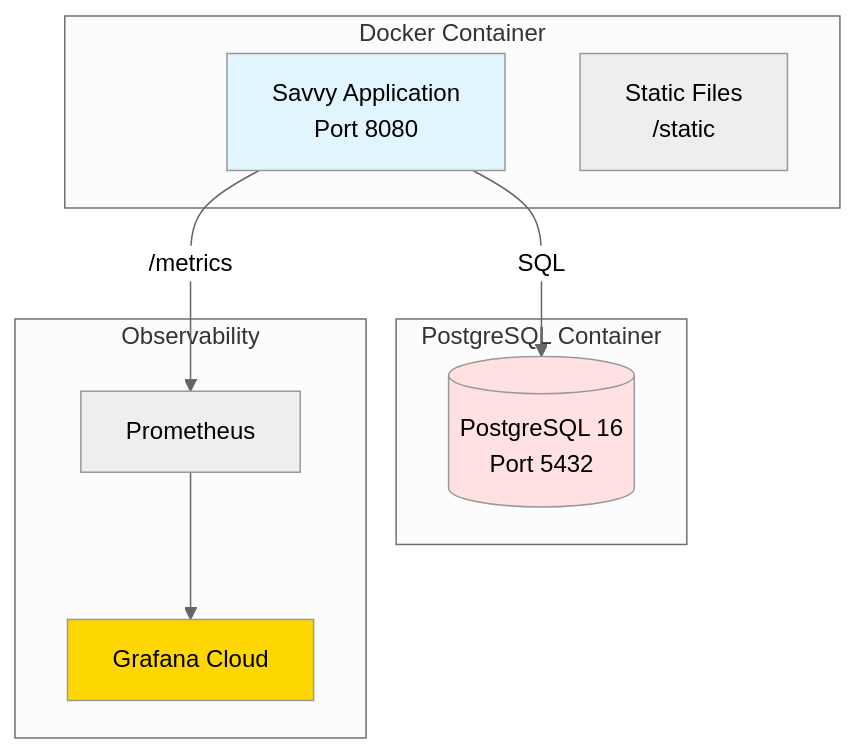
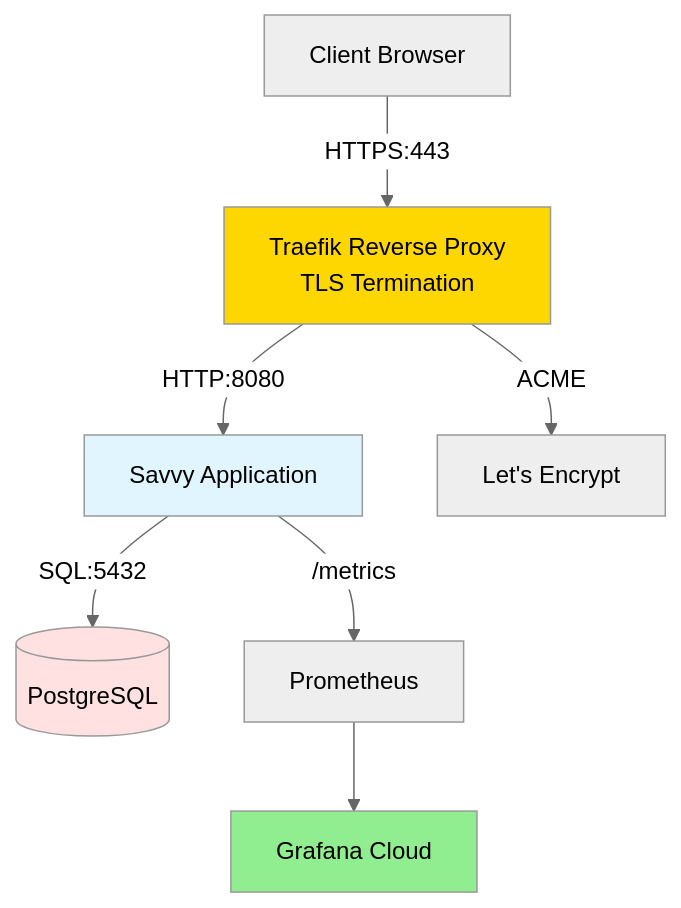
One commit to sbaerlocher/savvy changed diagram 19 of 20 in ARCHITECTURE.md. Above: the diagram before and after it, drawn with Mermaid (neutral theme). The commit also changed other lines of this file and 60 other files, not shown here.

````diff
--- a/ARCHITECTURE.md
+++ b/ARCHITECTURE.md
@@ -1104,24 +1109,15 @@
 ```mermaid
 graph TB
-    subgraph "Docker Container"
-        App[Savvy Application<br/>Port 8080]
-        Static[Static Files<br/>/static]
-    end
+    Client[Client Browser] -->|HTTPS:443| Traefik[Traefik Reverse Proxy<br/>TLS Termination]
+    Traefik -->|HTTP:8080| App[Savvy Application]
+    Traefik -->|ACME| LE[Let's Encrypt]
 
-    subgraph "PostgreSQL Container"
-        DB[(PostgreSQL 16<br/>Port 5432)]
-    end
+    App -->|SQL:5432| DB[(PostgreSQL)]
+    App -->|/metrics| Prom[Prometheus]
+    Prom --> Grafana[Grafana Cloud]
 
-    subgraph "Observability"
-        Prom[Prometheus]
-        Grafana[Grafana Cloud]
-    end
-
-    App -->|SQL| DB
-    App -->|/metrics| Prom
-    Prom --> Grafana
-
+    style Traefik fill:#FFD700
     style App fill:#e1f5ff
     style DB fill:#ffe1e1
-    style Grafana fill:#FFD700
+    style Grafana fill:#90EE90
 ```
````
